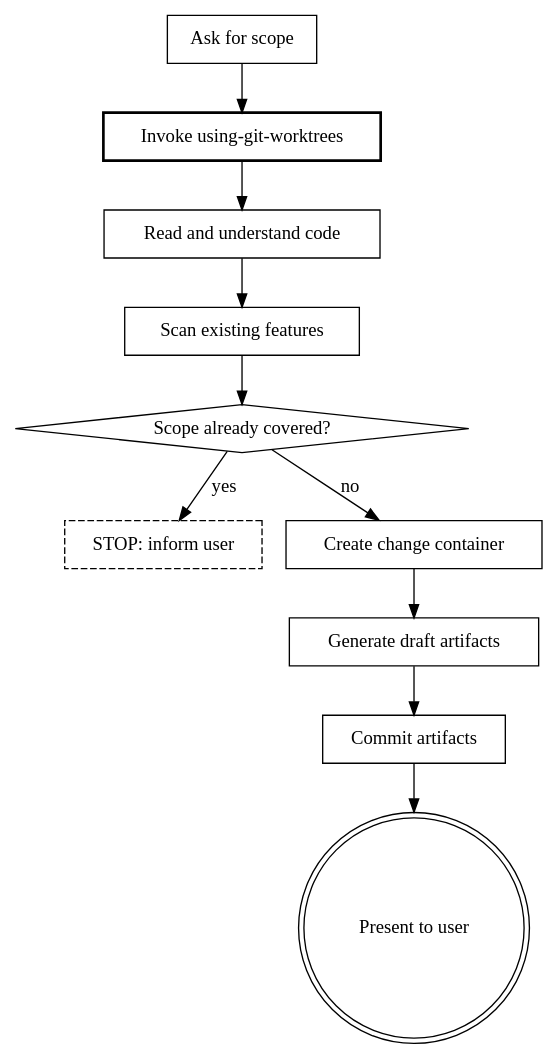
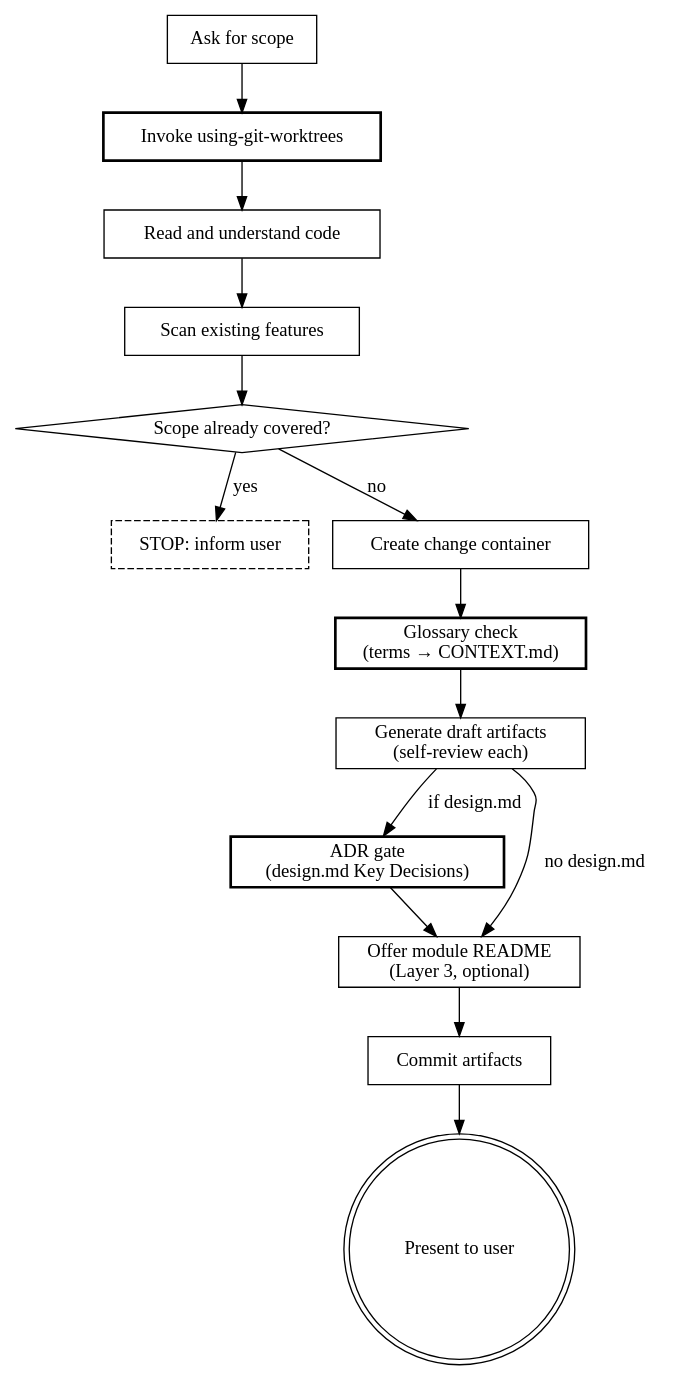
Before and after one commit to kirkchen/beat: the diagram in skills/distill/SKILL.md, drawn with Graphviz. The commit also changed other lines of this file and 32 other files, not shown here.

````diff
--- a/skills/distill/SKILL.md
+++ b/skills/distill/SKILL.md
@@ -68,24 +88,31 @@
 ```dot
 digraph distill {
     "Ask for scope" [shape=box];
     "Invoke using-git-worktrees" [shape=box, style=bold];
     "Read and understand code" [shape=box];
     "Scan existing features" [shape=box];
     "Scope already covered?" [shape=diamond];
     "STOP: inform user" [shape=box, style=dashed];
     "Create change container" [shape=box];
-    "Generate draft artifacts" [shape=box];
+    "Glossary check\n(terms → CONTEXT.md)" [shape=box, style=bold];
+    "Generate draft artifacts\n(self-review each)" [shape=box];
+    "ADR gate\n(design.md Key Decisions)" [shape=box, style=bold];
+    "Offer module README\n(Layer 3, optional)" [shape=box];
     "Commit artifacts" [shape=box];
     "Present to user" [shape=doublecircle];
 
     "Ask for scope" -> "Invoke using-git-worktrees";
     "Invoke using-git-worktrees" -> "Read and understand code";
     "Read and understand code" -> "Scan existing features";
     "Scan existing features" -> "Scope already covered?";
     "Scope already covered?" -> "STOP: inform user" [label="yes"];
     "Scope already covered?" -> "Create change container" [label="no"];
-    "Create change container" -> "Generate draft artifacts";
-    "Generate draft artifacts" -> "Commit artifacts";
+    "Create change container" -> "Glossary check\n(terms → CONTEXT.md)";
+    "Glossary check\n(terms → CONTEXT.md)" -> "Generate draft artifacts\n(self-review each)";
+    "Generate draft artifacts\n(self-review each)" -> "ADR gate\n(design.md Key Decisions)" [label="if design.md"];
+    "Generate draft artifacts\n(self-review each)" -> "Offer module README\n(Layer 3, optional)" [label="no design.md"];
+    "ADR gate\n(design.md Key Decisions)" -> "Offer module README\n(Layer 3, optional)";
+    "Offer module README\n(Layer 3, optional)" -> "Commit artifacts";
     "Commit artifacts" -> "Present to user";
 }
 ```
````
